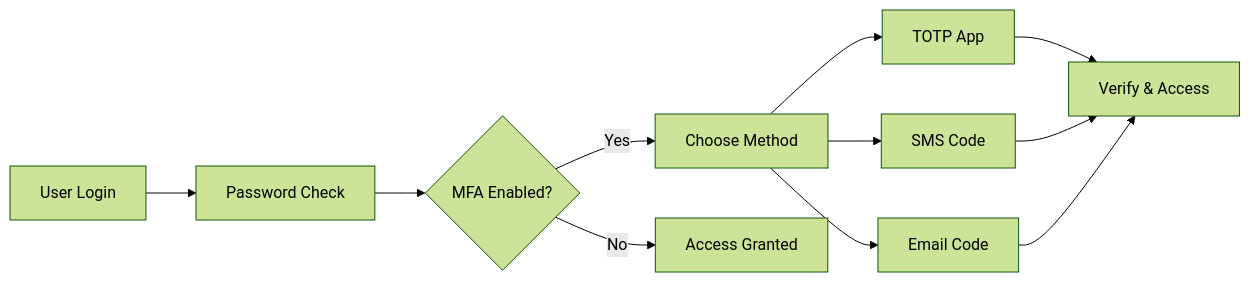
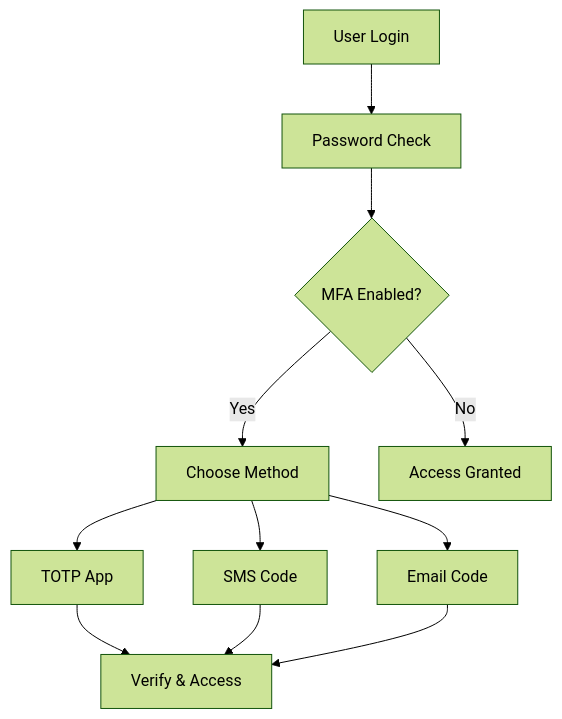
One commit to Olamideod/docs changed the diagram in how-to-guides/enable-mfa.mdx. Above: the diagram before and after it, drawn with Mermaid (forest theme). The commit also changed other lines of this file and 7 other files, not shown here.

````diff
--- a/how-to-guides/enable-mfa.mdx
+++ b/how-to-guides/enable-mfa.mdx
@@ -30,13 +21,13 @@
 ```mermaid
-graph LR
+graph TB
     A[User Login] --> B[Password Check]
     B --> C{MFA Enabled?}
     C -->|Yes| D[Choose Method]
     C -->|No| E[Access Granted]
     D --> F[TOTP App]
     D --> G[SMS Code]
     D --> H[Email Code]
     F --> I[Verify & Access]
     G --> I
     H --> I
 ```
````
